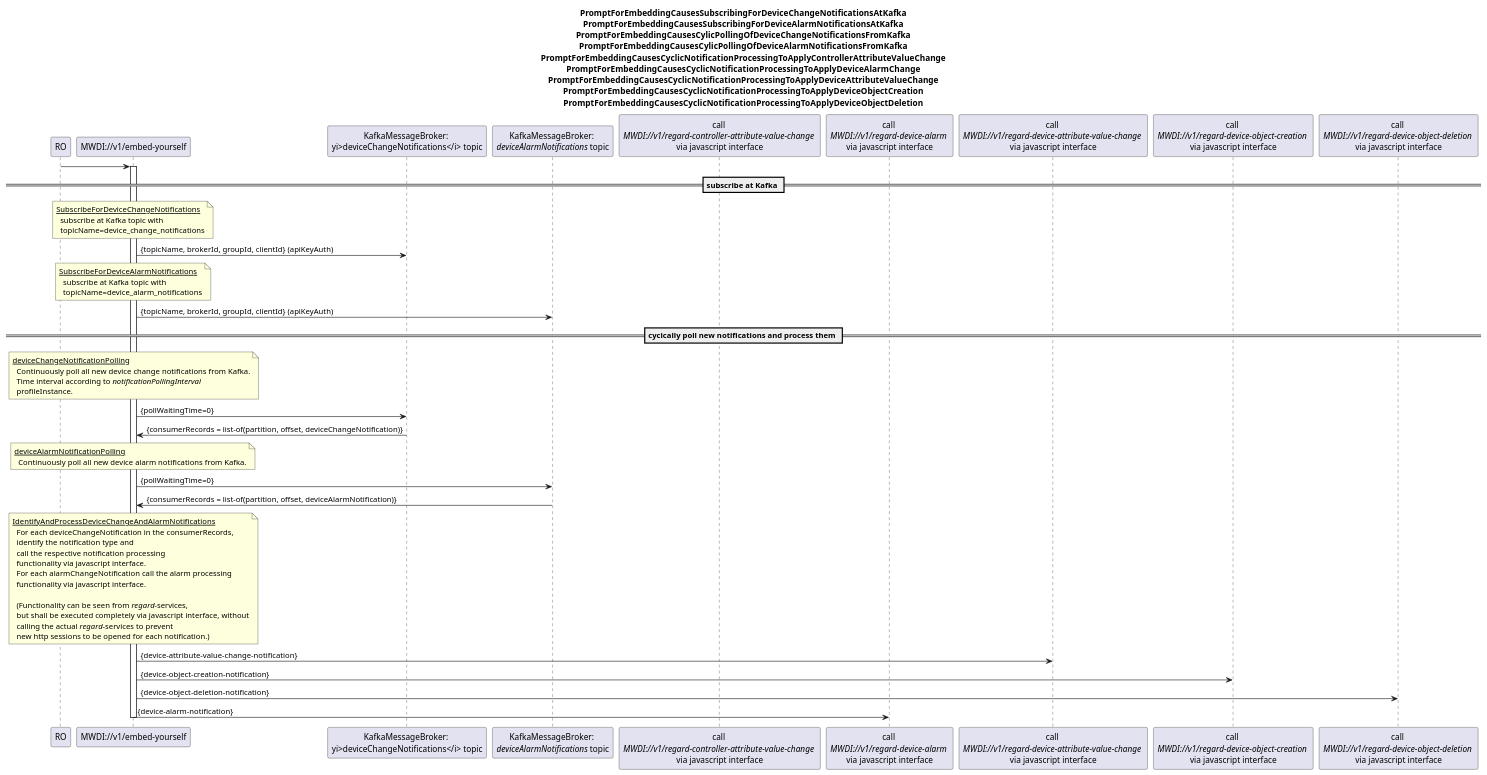
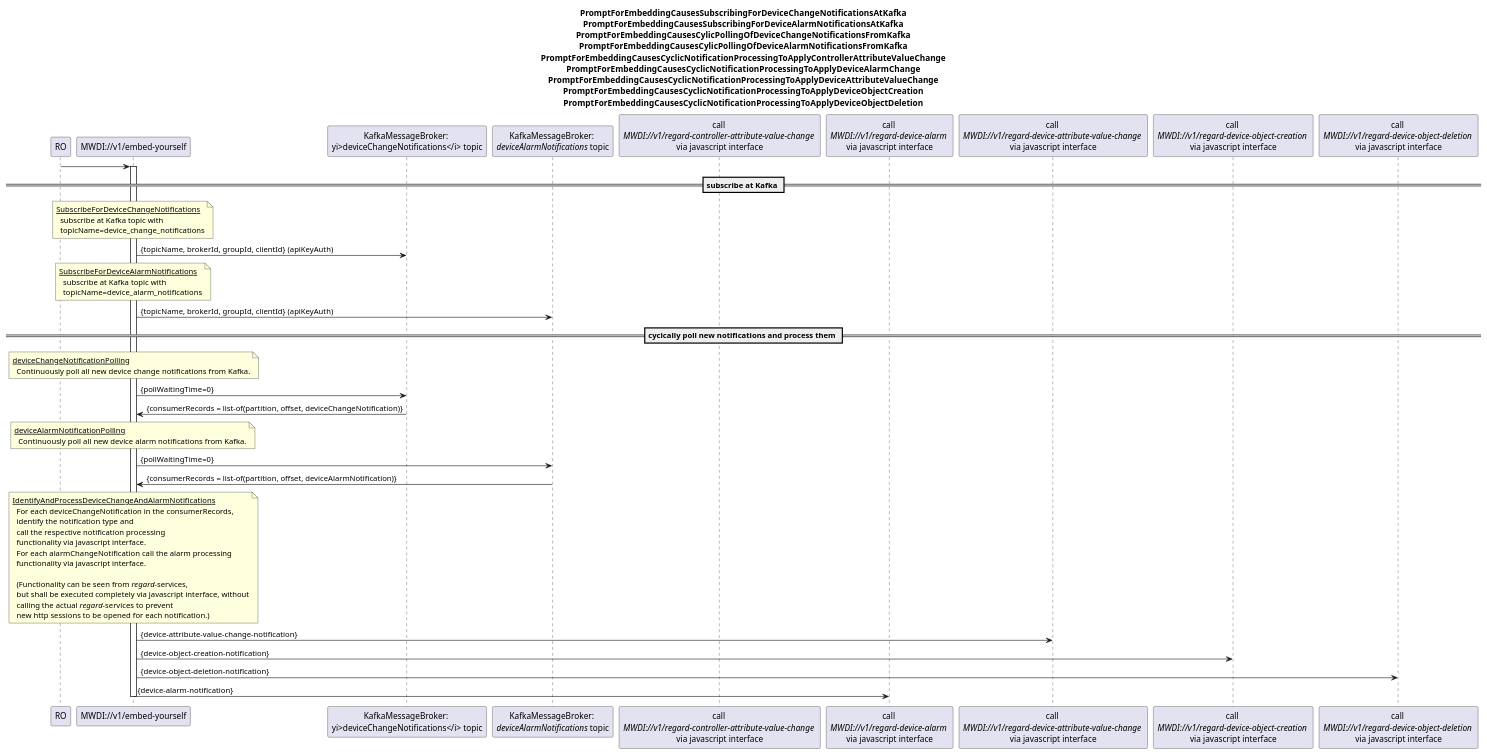
Before and after one commit to openBackhaul/MicroWaveDeviceInventory: the diagram in spec/diagrams/01x_NotifcationPollingFromKafkaAndProcessing.plantuml, drawn with PlantUML. The commit also changed 4 other files, not shown here.

Commit message:
remove pollingInterval profileInstance

```diff
--- a/spec/diagrams/01x_NotifcationPollingFromKafkaAndProcessing.plantuml
+++ b/spec/diagrams/01x_NotifcationPollingFromKafkaAndProcessing.plantuml
@@ -1,83 +1,81 @@
 @startuml 01x_NotificationPollingFromKafkaAndProcessing
 skinparam responseMessageBelowArrow true
 
 title 
 PromptForEmbeddingCausesSubscribingForDeviceChangeNotificationsAtKafka
 PromptForEmbeddingCausesSubscribingForDeviceAlarmNotificationsAtKafka
 PromptForEmbeddingCausesCylicPollingOfDeviceChangeNotificationsFromKafka
 PromptForEmbeddingCausesCylicPollingOfDeviceAlarmNotificationsFromKafka
 PromptForEmbeddingCausesCyclicNotificationProcessingToApplyControllerAttributeValueChange
 PromptForEmbeddingCausesCyclicNotificationProcessingToApplyDeviceAlarmChange
 PromptForEmbeddingCausesCyclicNotificationProcessingToApplyDeviceAttributeValueChange
 PromptForEmbeddingCausesCyclicNotificationProcessingToApplyDeviceObjectCreation
 PromptForEmbeddingCausesCyclicNotificationProcessingToApplyDeviceObjectDeletion
 end title
 
 participant "RO" as ro
 participant "MWDI://v1/embed-yourself" as mwdi
 participant "KafkaMessageBroker: \nyi>deviceChangeNotifications</i> topic" as kafkaDev
 participant "KafkaMessageBroker: \n<i>deviceAlarmNotifications</i> topic" as kafkaAlarm
 participant "call \n<i>MWDI://v1/regard-controller-attribute-value-change </i>\nvia javascript interface" as regardCtrlAttChange
 participant "call \n<i>MWDI://v1/regard-device-alarm </i>\nvia javascript interface" as regardAlarm
 participant "call \n<i>MWDI://v1/regard-device-attribute-value-change </i>\nvia javascript interface" as regardDevAttChange
 participant "call \n<i>MWDI://v1/regard-device-object-creation </i>\nvia javascript interface" as regardDevObjCreation
 participant "call \n<i>MWDI://v1/regard-device-object-deletion </i>\nvia javascript interface" as regardDevObjDeletion
 
 ro -> mwdi
 activate mwdi
 
 
 == subscribe at Kafka ==
 note over mwdi
 <u>SubscribeForDeviceChangeNotifications</u>
   subscribe at Kafka topic with
   topicName=device_change_notifications
 end note
 mwdi -> kafkaDev: {topicName, brokerId, groupId, clientId} (apiKeyAuth)
 
 note over mwdi
 <u>SubscribeForDeviceAlarmNotifications</u>
   subscribe at Kafka topic with
   topicName=device_alarm_notifications
 end note
 mwdi -> kafkaAlarm: {topicName, brokerId, groupId, clientId} (apiKeyAuth)
 
 == cycically poll new notifications and process them ==
 note over mwdi
 <u>deviceChangeNotificationPolling</u>
   Continuously poll all new device change notifications from Kafka.
-  Time interval according to <i>notificationPollingInterval</i>
-  profileInstance.
 end note
 mwdi -> kafkaDev: {pollWaitingTime=0}
 kafkaDev -> mwdi: {consumerRecords = list-of(partition, offset, deviceChangeNotification)}
 
 note over mwdi
 <u>deviceAlarmNotificationPolling</u>
   Continuously poll all new device alarm notifications from Kafka.
 end note
 mwdi -> kafkaAlarm: {pollWaitingTime=0}
 kafkaAlarm -> mwdi: {consumerRecords = list-of(partition, offset, deviceAlarmNotification)}
 
 note over mwdi
 <u>IdentifyAndProcessDeviceChangeAndAlarmNotifications</u>
   For each deviceChangeNotification in the consumerRecords,
   identify the notification type and 
   call the respective notification processing
   functionality via javascript interface.
   For each alarmChangeNotification call the alarm processing
   functionality via javascript interface.
 
   (Functionality can be seen from <i>regard</i>-services,
   but shall be executed completely via javascript interface, without
   calling the actual <i>regard</i>-services to prevent
   new http sessions to be opened for each notification.)
 end note
 mwdi -> regardDevAttChange: {device-attribute-value-change-notification}
 mwdi -> regardDevObjCreation: {device-object-creation-notification}
 mwdi -> regardDevObjDeletion: {device-object-deletion-notification}
 mwdi -> regardAlarm: {device-alarm-notification}
 
 deactivate mwdi
 
 @enduml
```
